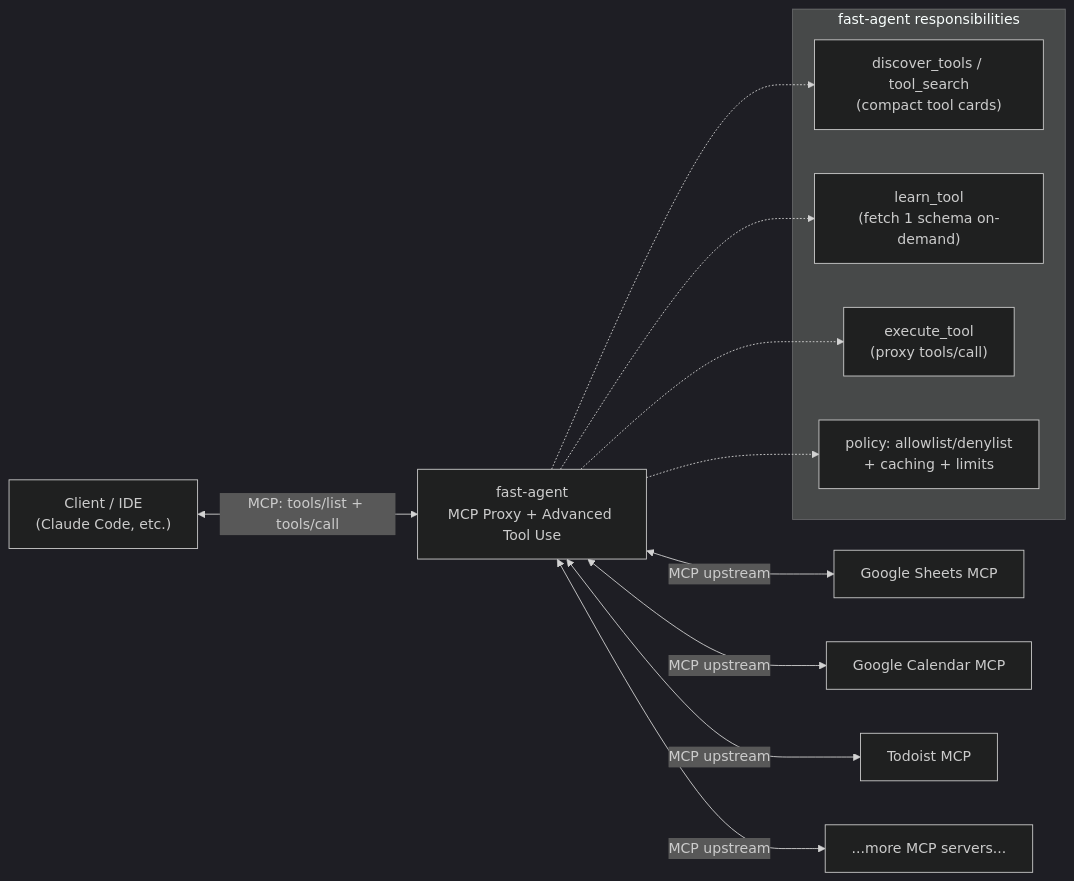
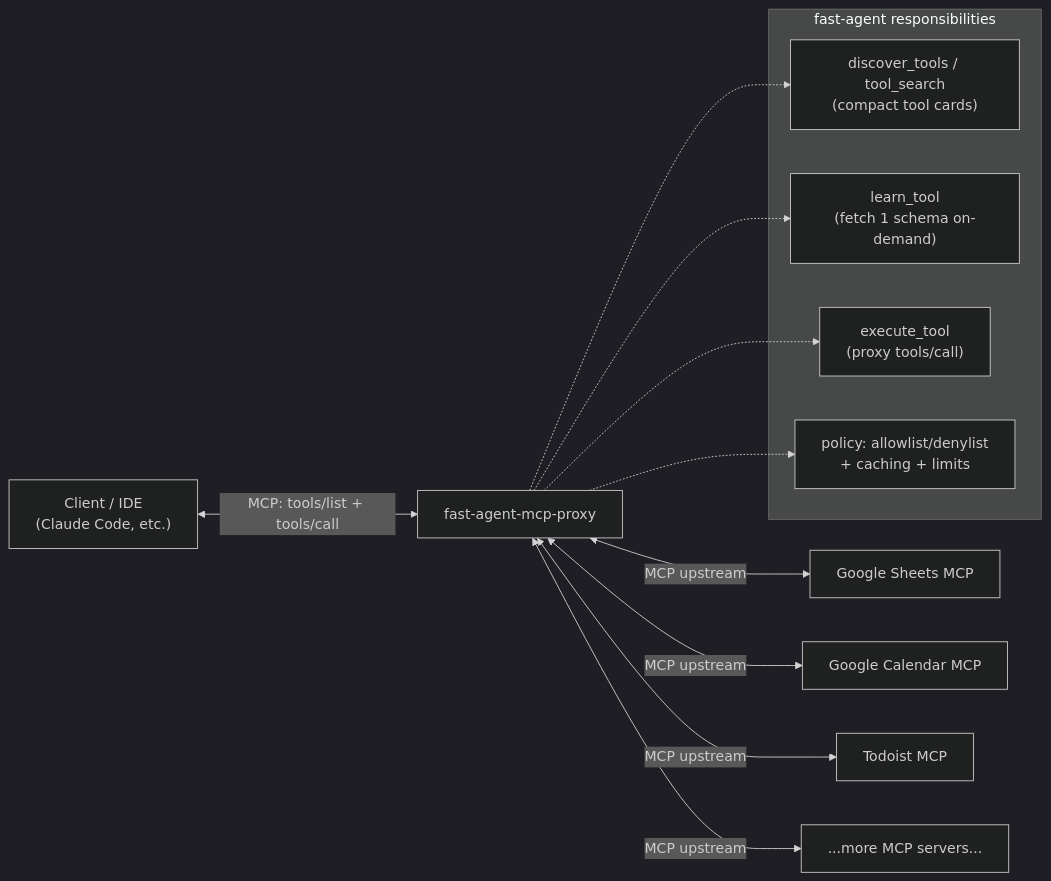
Before and after one commit to strato-space/report: the diagram in fast-agent-as-an-advanced-tool-use.md, drawn with Mermaid (dark theme).

Commit message:
Update diagram for fast-agent MCP proxy naming

````diff
--- a/fast-agent-as-an-advanced-tool-use.md
+++ b/fast-agent-as-an-advanced-tool-use.md
@@ -239,22 +239,22 @@
 ```mermaid
 flowchart LR
-  C["Client / IDE\n(Claude Code, etc.)"] <--> |"MCP: tools/list + tools/call"| FA["fast-agent\nMCP Proxy + Advanced Tool Use"]
+  C["Client / IDE\n(Claude Code, etc.)"] <--> |"MCP: tools/list + tools/call"| FA["fast-agent-mcp-proxy"]
 
   FA <--> |"MCP upstream"| S1["Google Sheets MCP"]
   FA <--> |"MCP upstream"| S2["Google Calendar MCP"]
   FA <--> |"MCP upstream"| S3["Todoist MCP"]
   FA <--> |"MCP upstream"| S4["...more MCP servers..."]
 
   subgraph R["fast-agent responsibilities"]
     D["discover_tools / tool_search\n(compact tool cards)"]
     L["learn_tool\n(fetch 1 schema on-demand)"]
     E["execute_tool\n(proxy tools/call)"]
     P["policy: allowlist/denylist\n+ caching + limits"]
   end
 
   FA -.-> D
   FA -.-> L
   FA -.-> E
   FA -.-> P
 
 ```
````
